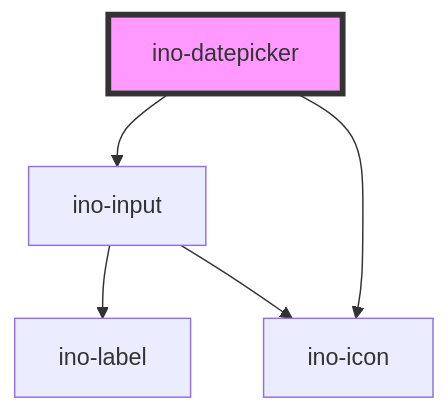
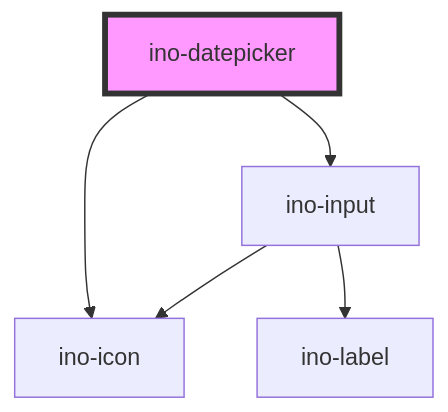
Before and after one commit to krimdomu/elements: the diagram in packages/elements/src/components/ino-datepicker/readme.md, drawn with Mermaid. The commit also changed other lines of this file and 15 other files, not shown here.

````diff
--- a/packages/elements/src/components/ino-datepicker/readme.md
+++ b/packages/elements/src/components/ino-datepicker/readme.md
@@ -214,8 +224,8 @@
 ```mermaid
 graph TD;
   ino-datepicker --> ino-input
   ino-datepicker --> ino-icon
+  ino-input --> ino-icon
   ino-input --> ino-label
-  ino-input --> ino-icon
   style ino-datepicker fill:#f9f,stroke:#333,stroke-width:4px
 ```
````
